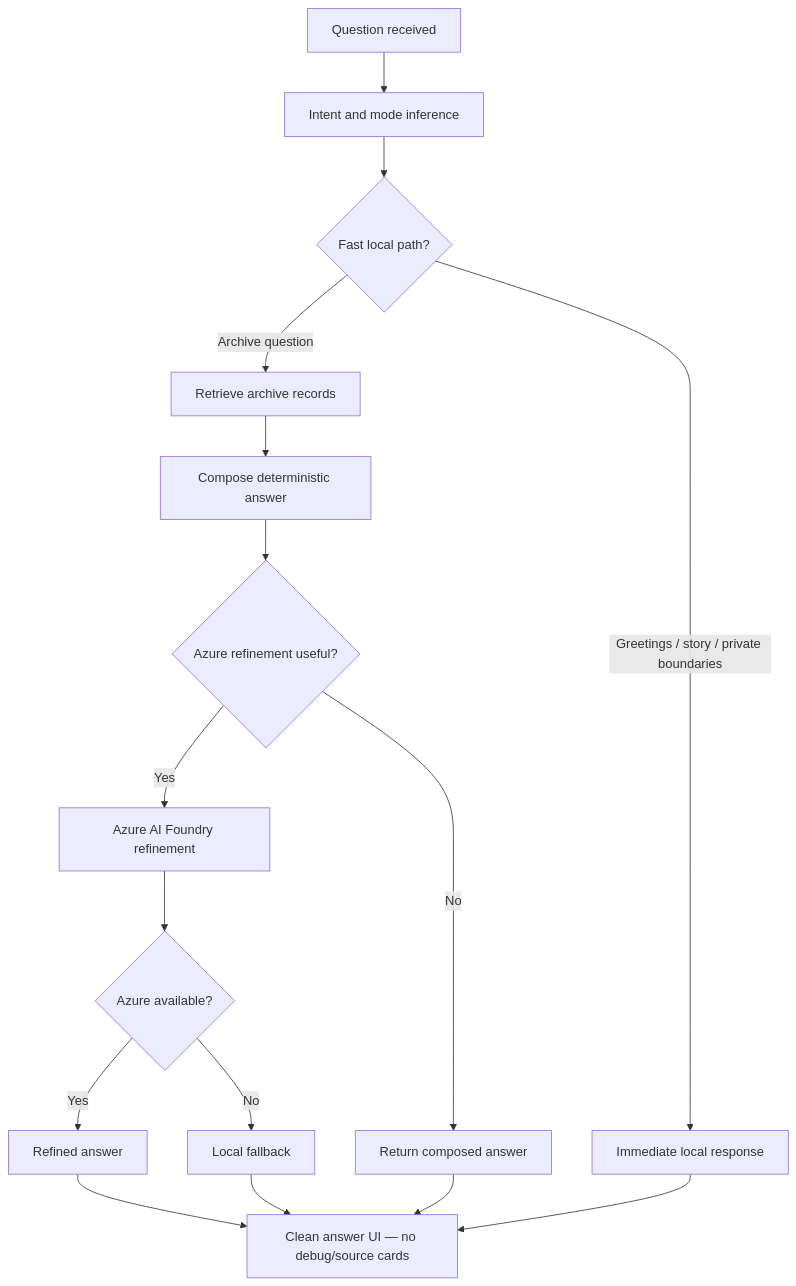
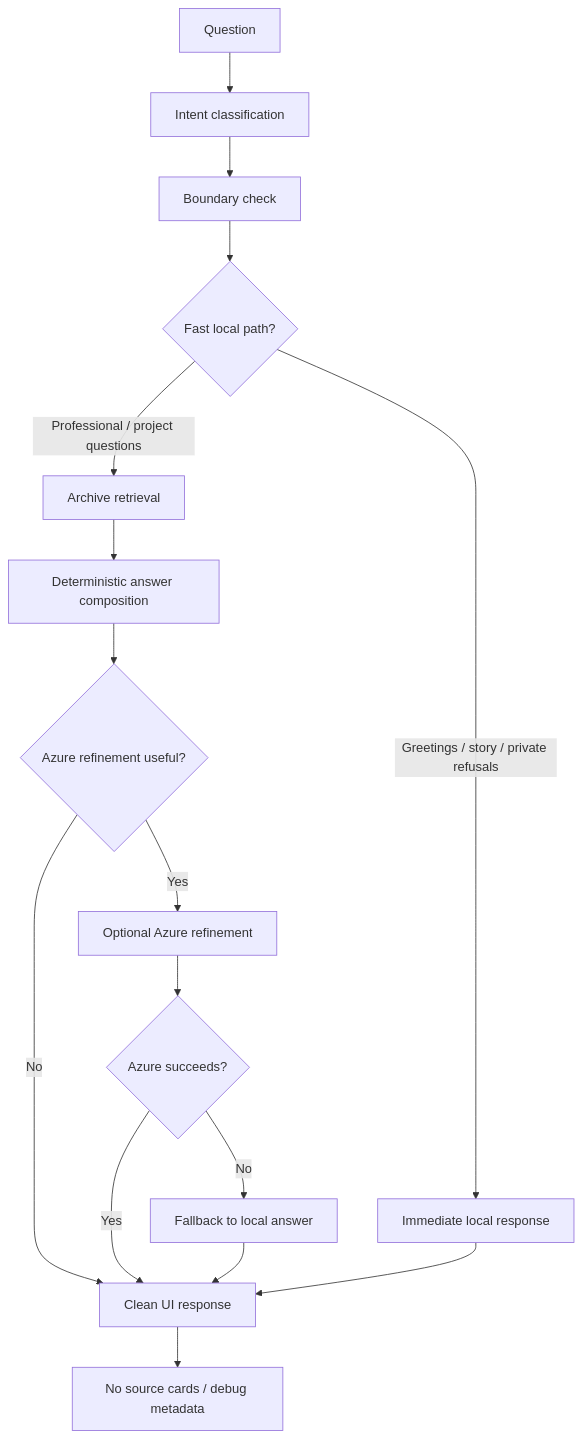
Before and after one commit to RPK2103/the-build-archive-showcase: the second of 4 diagrams in README.md, drawn with Mermaid. The commit also changed other lines of this file and 7 other files, not shown here.

````diff
--- a/README.md
+++ b/README.md
@@ -85,18 +122,18 @@
 ```mermaid
 flowchart TD
-    A[Question received] --> B[Intent and mode inference]
-    B --> C{Fast local path?}
-    C -->|Greetings / story / private boundaries| D[Immediate local response]
-    C -->|Archive question| E[Retrieve archive records]
-    E --> F[Compose deterministic answer]
-    F --> G{Azure refinement useful?}
-    G -->|Yes| H[Azure AI Foundry refinement]
-    G -->|No| I[Return composed answer]
-    H --> J{Azure available?}
-    J -->|Yes| K[Refined answer]
-    J -->|No| L[Local fallback]
-    K --> M[Clean answer UI — no debug/source cards]
-    L --> M
-    I --> M
-    D --> M
+  Q[Question] --> I[Intent classification]
+  I --> B[Boundary check]
+  B --> F{Fast local path?}
+  F -->|Greetings / story / private refusals| L[Immediate local response]
+  F -->|Professional / project questions| R[Archive retrieval]
+  R --> C[Deterministic answer composition]
+  C --> A{Azure refinement useful?}
+  A -->|Yes| AZ[Optional Azure refinement]
+  A -->|No| U[Clean UI response]
+  AZ --> OK{Azure succeeds?}
+  OK -->|Yes| U
+  OK -->|No| FB[Fallback to local answer]
+  FB --> U
+  L --> U
+  U --> X[No source cards / debug metadata]
 ```
````
